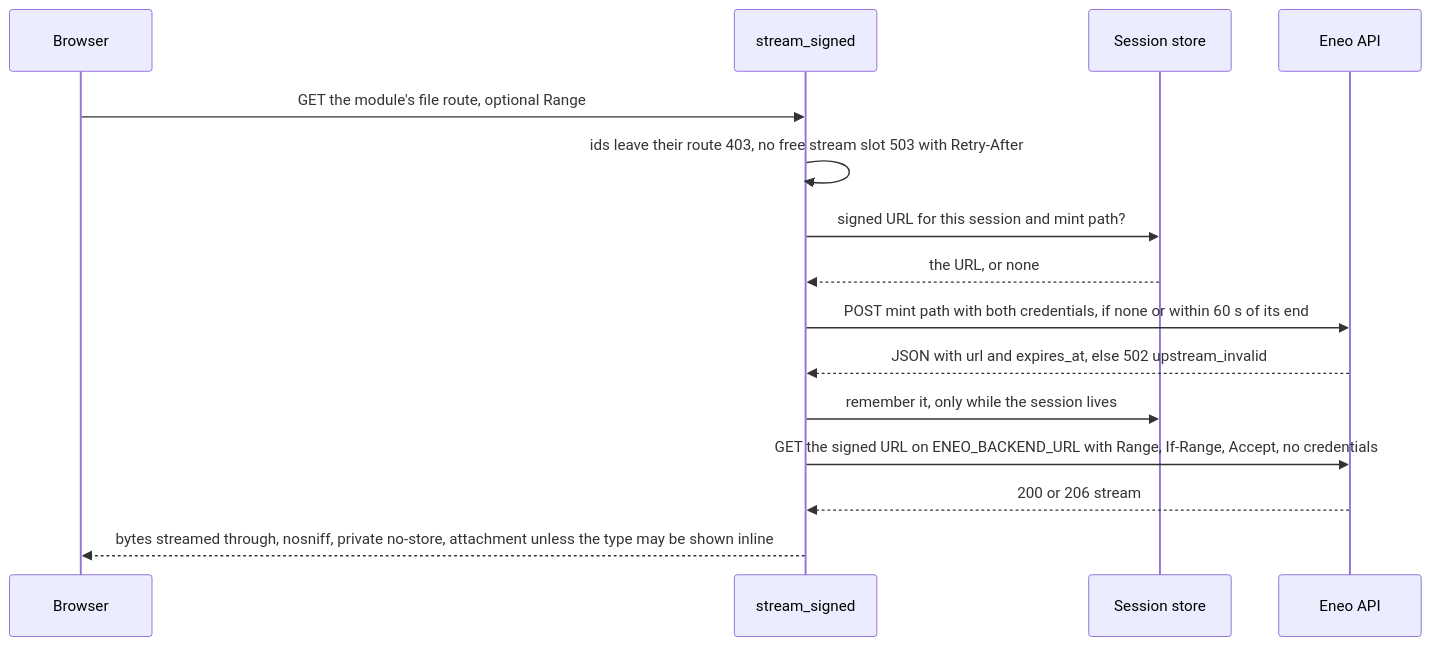
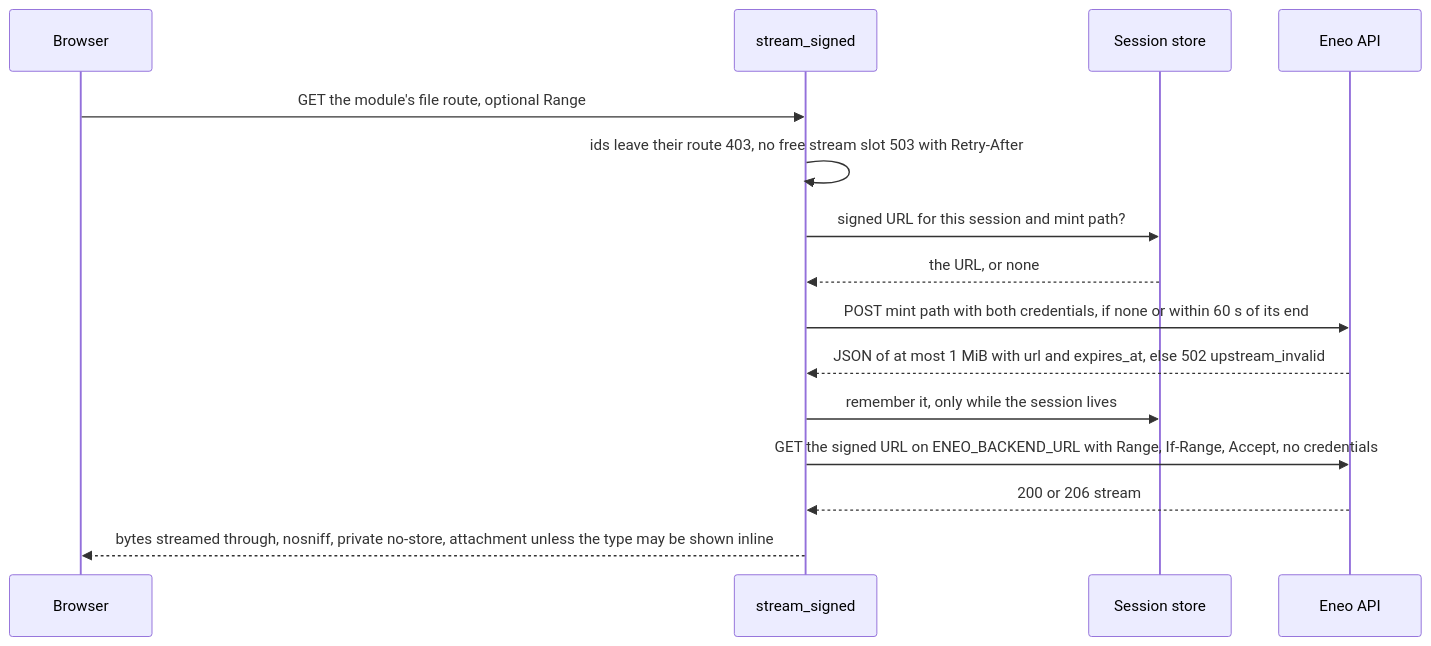
One commit to eneo-ai/eneo-module-kit changed the eighth of 13 diagrams in docs/architecture.md. Above: the diagram before and after it, drawn with Mermaid. The commit also changed other lines of this file, not shown here.

Commit message:
docs(architecture): the proxied-request diagram shows the answers the BFF now gives

````diff
--- a/docs/architecture.md
+++ b/docs/architecture.md
@@ -211,17 +213,17 @@
 ```mermaid
 sequenceDiagram
   participant B as Browser
   participant S as stream_signed
   participant K as Session store
   participant A as Eneo API
   B->>S: GET the module's file route, optional Range
   S->>S: ids leave their route 403, no free stream slot 503 with Retry-After
   S->>K: signed URL for this session and mint path?
   K-->>S: the URL, or none
   S->>A: POST mint path with both credentials, if none or within 60 s of its end
-  A-->>S: JSON with url and expires_at, else 502 upstream_invalid
+  A-->>S: JSON of at most 1 MiB with url and expires_at, else 502 upstream_invalid
   S->>K: remember it, only while the session lives
   S->>A: GET the signed URL on ENEO_BACKEND_URL with Range, If-Range, Accept, no credentials
   A-->>S: 200 or 206 stream
   S-->>B: bytes streamed through, nosniff, private no-store, attachment unless the type may be shown inline
 ```
````
